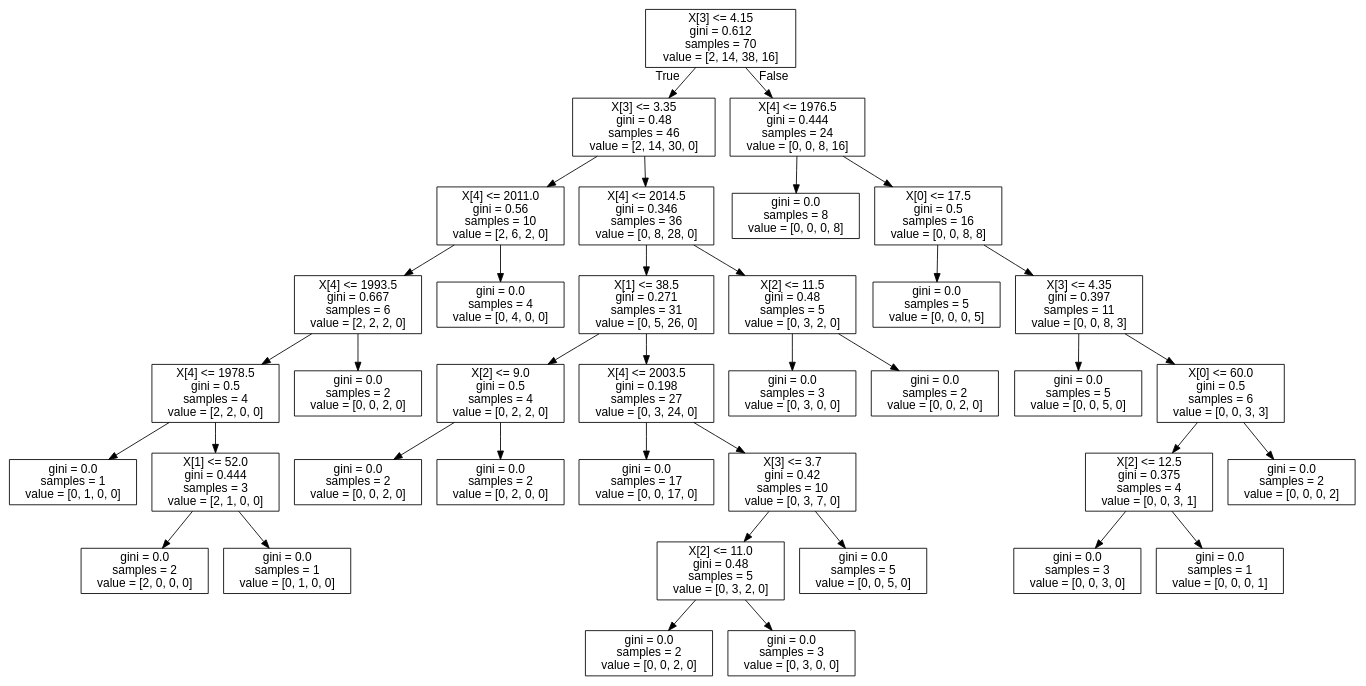
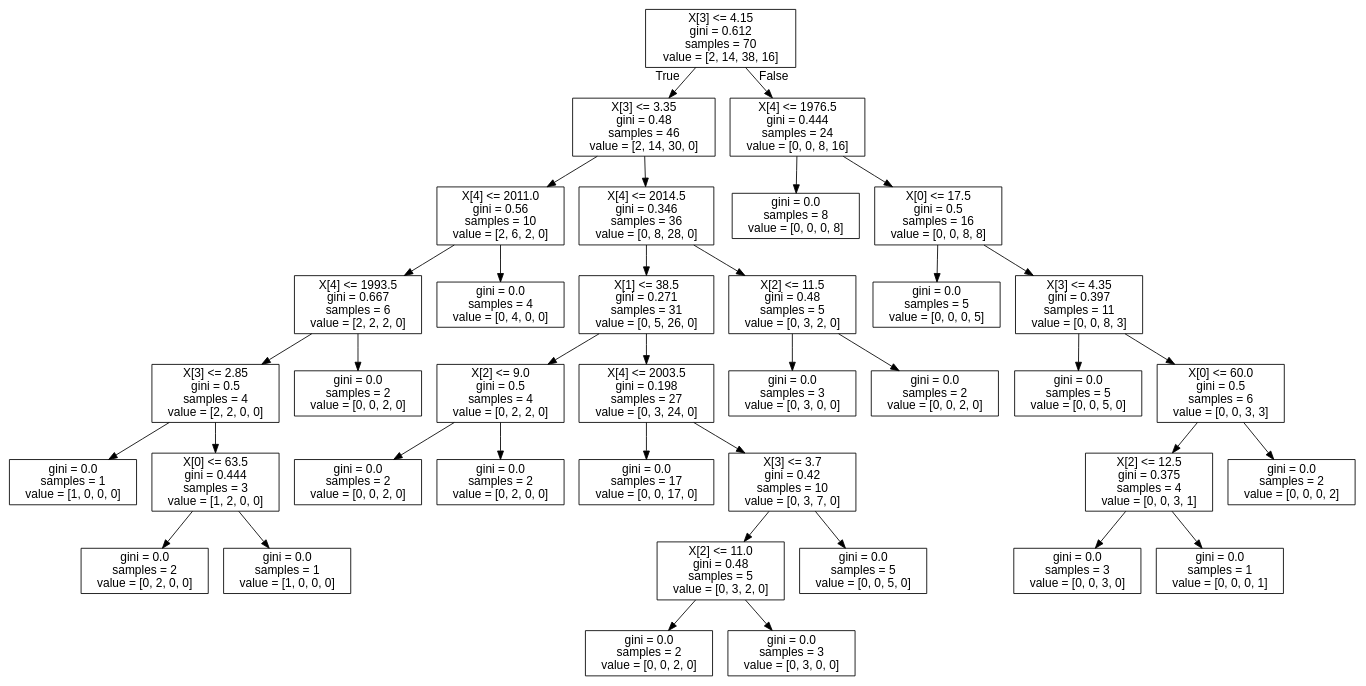
Before and after one commit to ViniciusOSAntos/Data-Science---Estudos-e-Atividades: the diagram in BibliotecaMusicalV2/tree.dot, drawn with Graphviz. The commit also changed 1 other file, not shown here.

```diff
--- a/BibliotecaMusicalV2/tree.dot
+++ b/BibliotecaMusicalV2/tree.dot
@@ -1,77 +1,77 @@
 digraph Tree {
 node [shape=box, fontname="helvetica"] ;
 edge [fontname="helvetica"] ;
 0 [label="X[3] <= 4.15\ngini = 0.612\nsamples = 70\nvalue = [2, 14, 38, 16]"] ;
 1 [label="X[3] <= 3.35\ngini = 0.48\nsamples = 46\nvalue = [2, 14, 30, 0]"] ;
 0 -> 1 [labeldistance=2.5, labelangle=45, headlabel="True"] ;
 2 [label="X[4] <= 2011.0\ngini = 0.56\nsamples = 10\nvalue = [2, 6, 2, 0]"] ;
 1 -> 2 ;
 3 [label="X[4] <= 1993.5\ngini = 0.667\nsamples = 6\nvalue = [2, 2, 2, 0]"] ;
 2 -> 3 ;
-4 [label="X[4] <= 1978.5\ngini = 0.5\nsamples = 4\nvalue = [2, 2, 0, 0]"] ;
+4 [label="X[3] <= 2.85\ngini = 0.5\nsamples = 4\nvalue = [2, 2, 0, 0]"] ;
 3 -> 4 ;
-5 [label="gini = 0.0\nsamples = 1\nvalue = [0, 1, 0, 0]"] ;
+5 [label="gini = 0.0\nsamples = 1\nvalue = [1, 0, 0, 0]"] ;
 4 -> 5 ;
-6 [label="X[1] <= 52.0\ngini = 0.444\nsamples = 3\nvalue = [2, 1, 0, 0]"] ;
+6 [label="X[0] <= 63.5\ngini = 0.444\nsamples = 3\nvalue = [1, 2, 0, 0]"] ;
 4 -> 6 ;
-7 [label="gini = 0.0\nsamples = 2\nvalue = [2, 0, 0, 0]"] ;
+7 [label="gini = 0.0\nsamples = 2\nvalue = [0, 2, 0, 0]"] ;
 6 -> 7 ;
-8 [label="gini = 0.0\nsamples = 1\nvalue = [0, 1, 0, 0]"] ;
+8 [label="gini = 0.0\nsamples = 1\nvalue = [1, 0, 0, 0]"] ;
 6 -> 8 ;
 9 [label="gini = 0.0\nsamples = 2\nvalue = [0, 0, 2, 0]"] ;
 3 -> 9 ;
 10 [label="gini = 0.0\nsamples = 4\nvalue = [0, 4, 0, 0]"] ;
 2 -> 10 ;
 11 [label="X[4] <= 2014.5\ngini = 0.346\nsamples = 36\nvalue = [0, 8, 28, 0]"] ;
 1 -> 11 ;
 12 [label="X[1] <= 38.5\ngini = 0.271\nsamples = 31\nvalue = [0, 5, 26, 0]"] ;
 11 -> 12 ;
 13 [label="X[2] <= 9.0\ngini = 0.5\nsamples = 4\nvalue = [0, 2, 2, 0]"] ;
 12 -> 13 ;
 14 [label="gini = 0.0\nsamples = 2\nvalue = [0, 0, 2, 0]"] ;
 13 -> 14 ;
 15 [label="gini = 0.0\nsamples = 2\nvalue = [0, 2, 0, 0]"] ;
 13 -> 15 ;
 16 [label="X[4] <= 2003.5\ngini = 0.198\nsamples = 27\nvalue = [0, 3, 24, 0]"] ;
 12 -> 16 ;
 17 [label="gini = 0.0\nsamples = 17\nvalue = [0, 0, 17, 0]"] ;
 16 -> 17 ;
 18 [label="X[3] <= 3.7\ngini = 0.42\nsamples = 10\nvalue = [0, 3, 7, 0]"] ;
 16 -> 18 ;
 19 [label="X[2] <= 11.0\ngini = 0.48\nsamples = 5\nvalue = [0, 3, 2, 0]"] ;
 18 -> 19 ;
 20 [label="gini = 0.0\nsamples = 2\nvalue = [0, 0, 2, 0]"] ;
 19 -> 20 ;
 21 [label="gini = 0.0\nsamples = 3\nvalue = [0, 3, 0, 0]"] ;
 19 -> 21 ;
 22 [label="gini = 0.0\nsamples = 5\nvalue = [0, 0, 5, 0]"] ;
 18 -> 22 ;
 23 [label="X[2] <= 11.5\ngini = 0.48\nsamples = 5\nvalue = [0, 3, 2, 0]"] ;
 11 -> 23 ;
 24 [label="gini = 0.0\nsamples = 3\nvalue = [0, 3, 0, 0]"] ;
 23 -> 24 ;
 25 [label="gini = 0.0\nsamples = 2\nvalue = [0, 0, 2, 0]"] ;
 23 -> 25 ;
 26 [label="X[4] <= 1976.5\ngini = 0.444\nsamples = 24\nvalue = [0, 0, 8, 16]"] ;
 0 -> 26 [labeldistance=2.5, labelangle=-45, headlabel="False"] ;
 27 [label="gini = 0.0\nsamples = 8\nvalue = [0, 0, 0, 8]"] ;
 26 -> 27 ;
 28 [label="X[0] <= 17.5\ngini = 0.5\nsamples = 16\nvalue = [0, 0, 8, 8]"] ;
 26 -> 28 ;
 29 [label="gini = 0.0\nsamples = 5\nvalue = [0, 0, 0, 5]"] ;
 28 -> 29 ;
 30 [label="X[3] <= 4.35\ngini = 0.397\nsamples = 11\nvalue = [0, 0, 8, 3]"] ;
 28 -> 30 ;
 31 [label="gini = 0.0\nsamples = 5\nvalue = [0, 0, 5, 0]"] ;
 30 -> 31 ;
 32 [label="X[0] <= 60.0\ngini = 0.5\nsamples = 6\nvalue = [0, 0, 3, 3]"] ;
 30 -> 32 ;
 33 [label="X[2] <= 12.5\ngini = 0.375\nsamples = 4\nvalue = [0, 0, 3, 1]"] ;
 32 -> 33 ;
 34 [label="gini = 0.0\nsamples = 3\nvalue = [0, 0, 3, 0]"] ;
 33 -> 34 ;
 35 [label="gini = 0.0\nsamples = 1\nvalue = [0, 0, 0, 1]"] ;
 33 -> 35 ;
 36 [label="gini = 0.0\nsamples = 2\nvalue = [0, 0, 0, 2]"] ;
 32 -> 36 ;
 }
```
